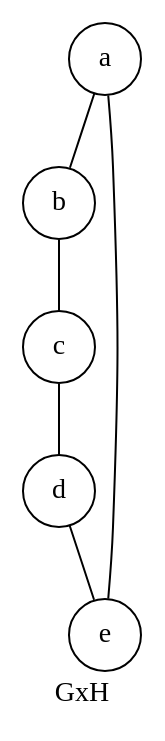
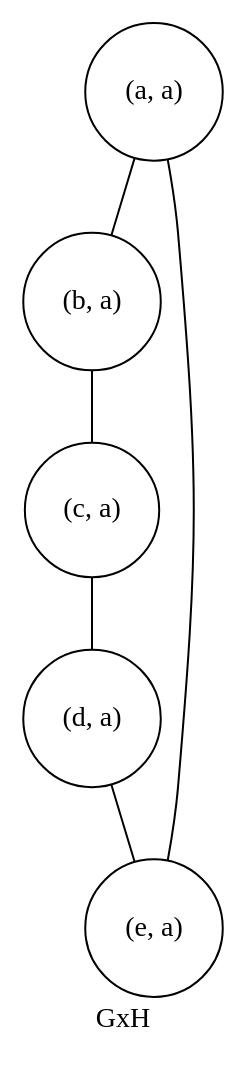
One commit to h4tguy/gt-hons changed the diagram in tut1/115/115cGH2.dot. Above: the diagram before and after it, drawn with Graphviz. The commit also changed 7 other files, not shown here.

Commit message:
changed GxH graphs to use tuples as names

```diff
--- a/tut1/115/115cGH2.dot
+++ b/tut1/115/115cGH2.dot
@@ -1,8 +1,12 @@
 graph GH {
     overlap=false
     splines=true
     node [shape=circle]
     label="GxH"
 
-    a -- b -- c -- d -- e -- a
+    "(a, a)" -- "(b, a)"
+    "(b, a)" -- "(c, a)"
+    "(c, a)" -- "(d, a)"
+    "(d, a)" -- "(e, a)"
+    "(e, a)" -- "(a, a)"
 }
```
